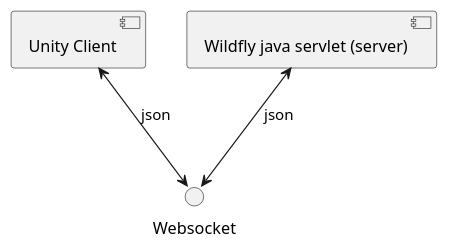
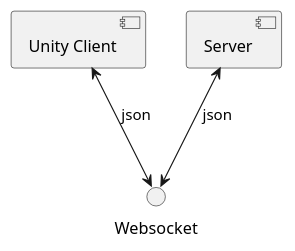
The second of 11 diagrams in thesis/thesis.org (jappeace/methods-homework), drawn with PlantUML before and after one commit. The commit also changed other lines of this file, not shown here.

```diff
--- a/thesis/thesis.org
+++ b/thesis/thesis.org
@@ -1087,4 +1092,4 @@
 #+BEGIN_SRC plantuml :cache yes :file img/uml/components.png :exports results
 [Unity Client] <--> Websocket : json
-[Wildfly java servlet (server)] <--> Websocket : json
+[Server] <--> Websocket : json
 #+END_SRC
```
